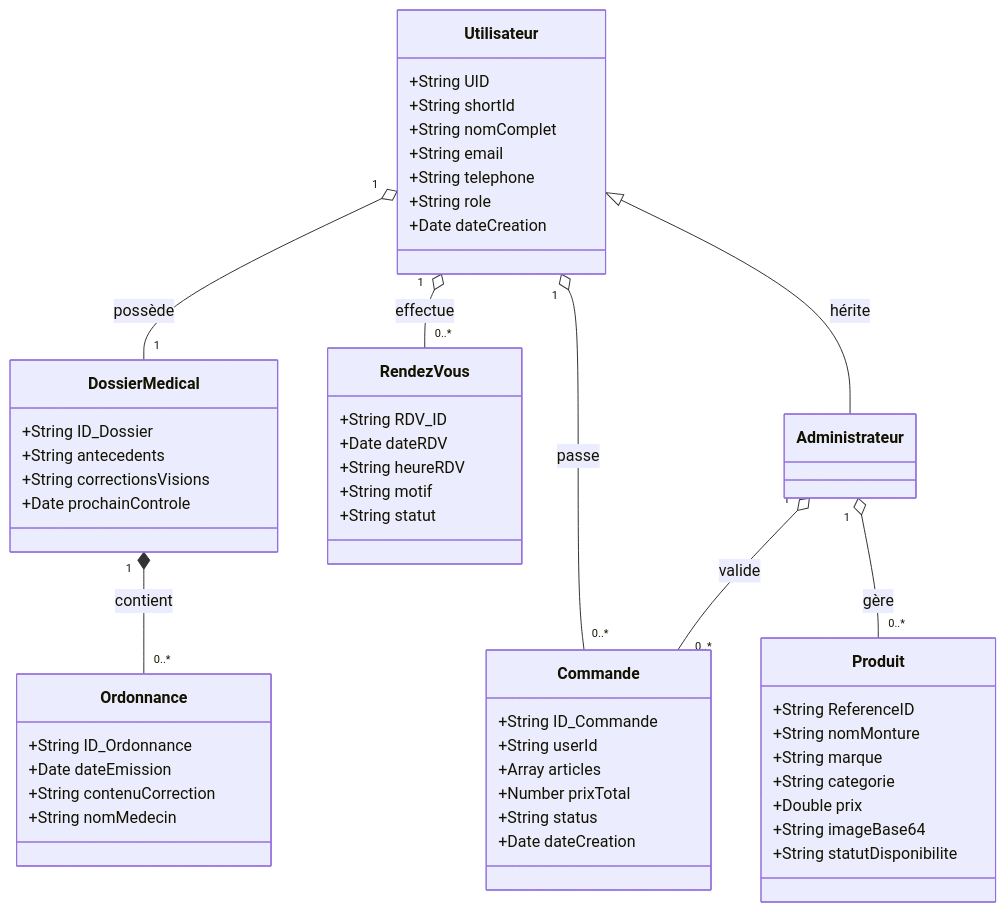
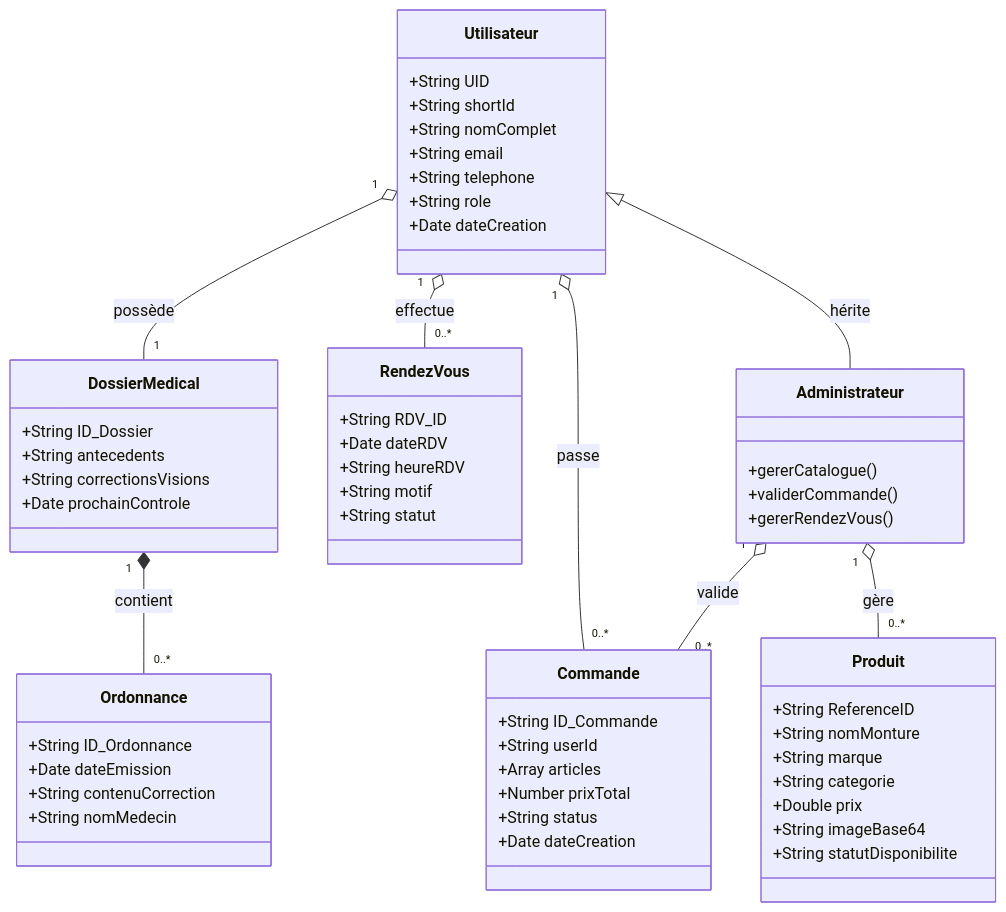
Before and after one commit to Midousy92/Barham_Optic: the fourth of 6 diagrams in Memoire_Complet_Barham_Optic.md, drawn with Mermaid. The commit also changed other lines of this file, not shown here.

Commit message:
docs: explication détaillée des liaisons Commande et déclaration d'Administrateur

````diff
--- a/Memoire_Complet_Barham_Optic.md
+++ b/Memoire_Complet_Barham_Optic.md
@@ -276,61 +276,67 @@
 ```mermaid
 classDiagram
     class Utilisateur {
         +String UID
         +String shortId
         +String nomComplet
         +String email
         +String telephone
         +String role
         +Date dateCreation
     }
     
     class DossierMedical {
         +String ID_Dossier
         +String antecedents
         +String correctionsVisions
         +Date prochainControle
     }
 
     class Ordonnance {
         +String ID_Ordonnance
         +Date dateEmission
         +String contenuCorrection
         +String nomMedecin
     }
     
     class Commande {
         +String ID_Commande
         +String userId
         +Array articles
         +Number prixTotal
         +String status
         +Date dateCreation
     }
     
     class Produit {
         +String ReferenceID
         +String nomMonture
         +String marque
         +String categorie
         +Double prix
         +String imageBase64
         +String statutDisponibilite
     }
     
     class RendezVous {
         +String RDV_ID
         +Date dateRDV
         +String heureRDV
         +String motif
         +String statut
     }
 
+    class Administrateur {
+        +gererCatalogue()
+        +validerCommande()
+        +gererRendezVous()
+    }
+
     Utilisateur "1" o-- "1" DossierMedical : possède
     DossierMedical "1" *-- "0..*" Ordonnance : contient
     Utilisateur "1" o-- "0..*" RendezVous : effectue
     Utilisateur "1" o-- "0..*" Commande : passe
     Administrateur "1" o-- "0..*" Produit : gère
     Administrateur "1" o-- "0..*" Commande : valide
     Utilisateur <|-- Administrateur : hérite
 ```
````
